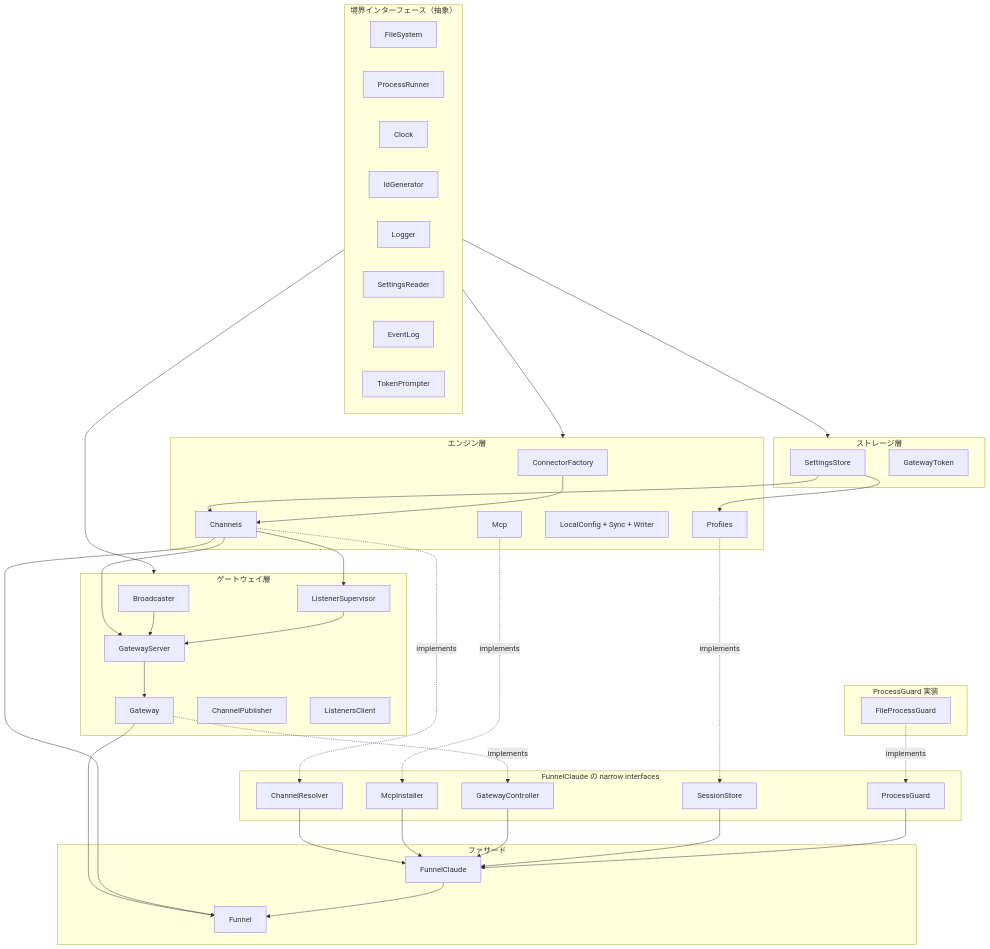
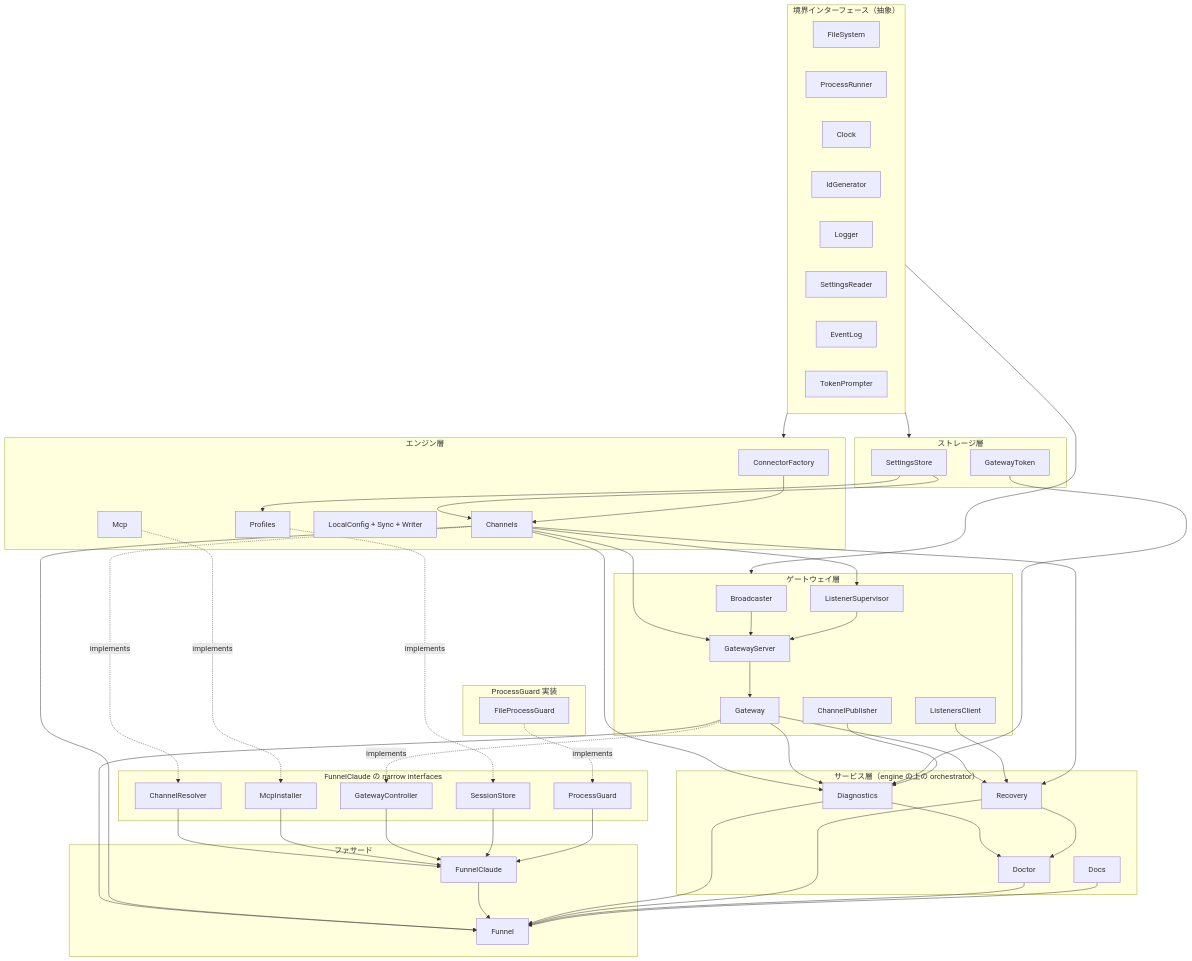
Before and after one commit to interactive-inc/open-claude-funnel: the diagram in CLAUDE.md, drawn with Mermaid. The commit also changed other lines of this file and 1 other file, not shown here.

First line of the commit message:
docs: reflect engine/services split, doctor command, YAML output

````diff
--- a/CLAUDE.md
+++ b/CLAUDE.md
@@ -150,6 +159,13 @@
     GW[Gateway]
     CP[ChannelPublisher]
     LC2[ListenersClient]
+  end
+
+  subgraph services["サービス層（engine の上の orchestrator）"]
+    DG[Diagnostics]
+    RC[Recovery]
+    DR[Doctor]
+    DC[Docs]
   end
 
   subgraph facade["ファサード"]
@@ -193,4 +209,18 @@
   GW --> FN
   CH --> FN
   FC --> FN
+
+  CH --> DG
+  GW --> DG
+  GT --> DG
+  CP --> DG
+  GW --> RC
+  LC2 --> RC
+  CH --> RC
+  DG --> DR
+  RC --> DR
+  DG --> FN
+  RC --> FN
+  DR --> FN
+  DC --> FN
 ```
````
